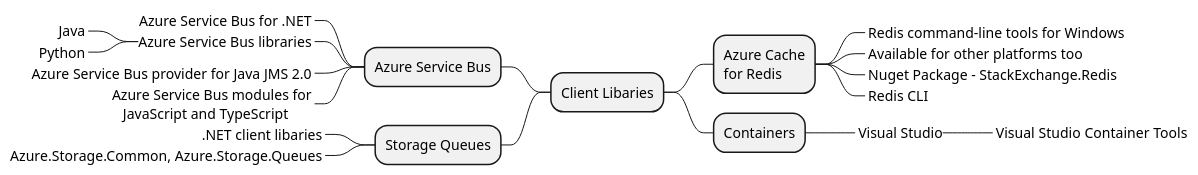
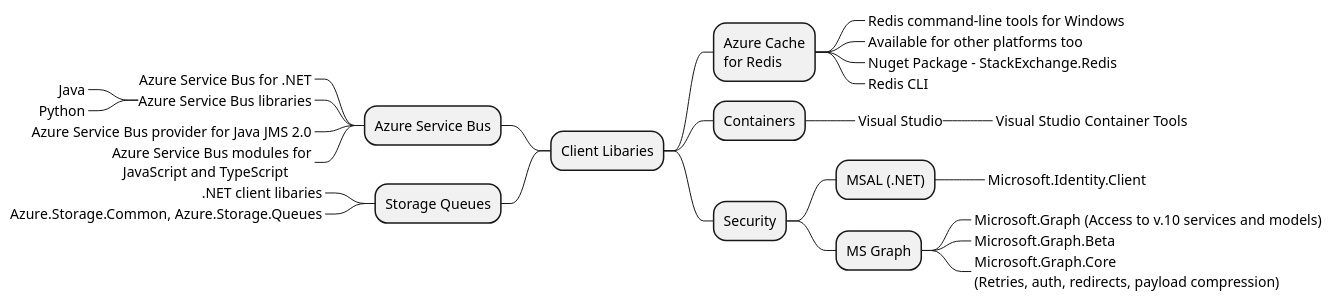
Before and after one commit to bobbyache/AZ-204: the diagram in landscape/landscape.client-libraries.plantuml, drawn with PlantUML. The commit also changed 19 other files, not shown here.

Commit message:
begin sprucing up mindmaps

```diff
--- a/landscape/landscape.client-libraries.plantuml
+++ b/landscape/landscape.client-libraries.plantuml
@@ -1,23 +1,32 @@
 @startmindmap "Client Libraries"
 + Client Libaries
 -- Azure Service Bus
 ---_ Azure Service Bus for .NET
 ---_ Azure Service Bus libraries
 ----_ Java
 ----_ Python
 ---_ Azure Service Bus provider for Java JMS 2.0
 ---_ Azure Service Bus modules for\n   JavaScript and TypeScript
 -- Storage Queues
 ---_ .NET client libaries
 ---_ Azure.Storage.Common, Azure.Storage.Queues
 ++ Azure Cache\nfor Redis
 +++_ Redis command-line tools for Windows
 +++_ Available for other platforms too
 +++_ Nuget Package - StackExchange.Redis
 +++_ Redis CLI
 
 ++ Containers
 +++_ Visual Studio
 ++++_ Visual Studio Container Tools
 
+++ Security
++++ MSAL (.NET)
+++++_ Microsoft.Identity.Client
+
++++ MS Graph
+++++_ Microsoft.Graph (Access to v.10 services and models)
+++++_ Microsoft.Graph.Beta
+++++_ Microsoft.Graph.Core\n(Retries, auth, redirects, payload compression)
+
 @endmindmap 
```
